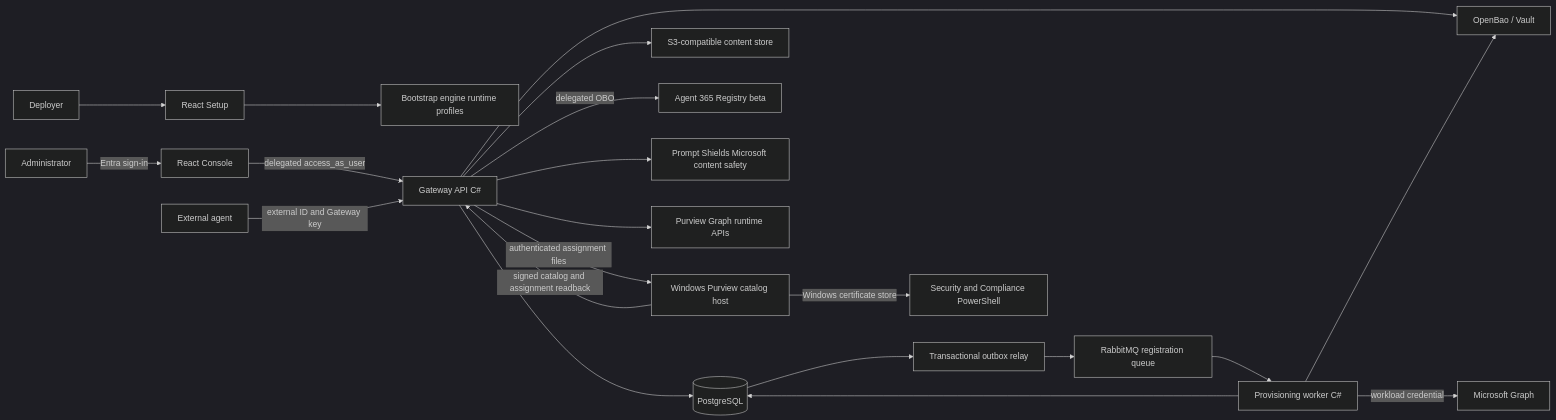
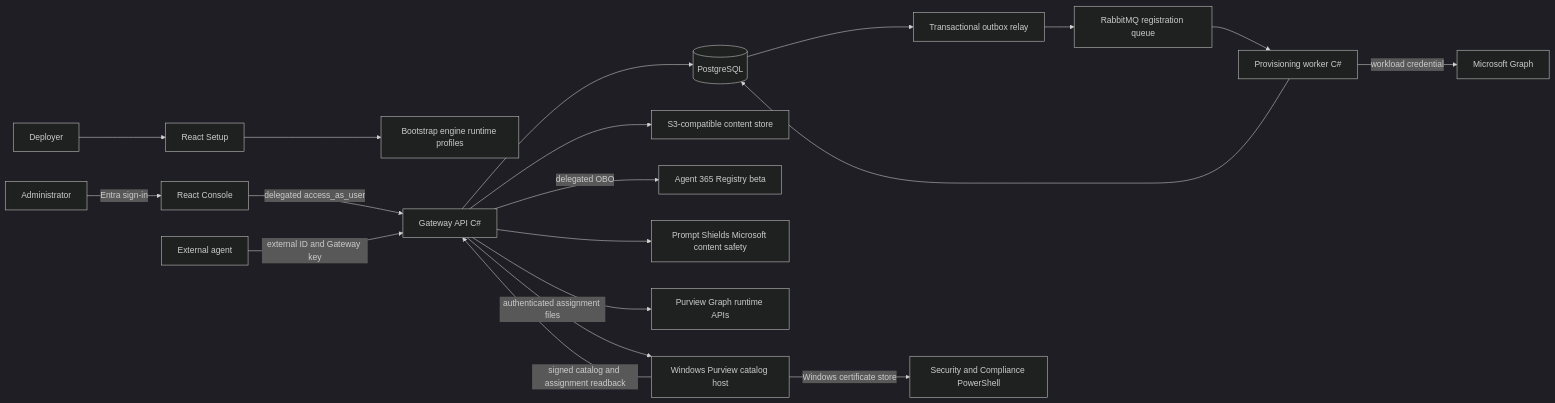
One commit to patrick-shim/a365-custom-gateway changed the diagram in docs/architecture/system-architecture.md. Above: the diagram before and after it, drawn with Mermaid (dark theme). The commit also changed other lines of this file and 21 other files, not shown here.

````diff
--- a/docs/architecture/system-architecture.md
+++ b/docs/architecture/system-architecture.md
@@ -76,23 +79,21 @@
 ```mermaid
 flowchart LR
     Operator[Administrator] -->|Entra sign-in| Ui[React Console]
     Deployer[Deployer] --> Setup[React Setup]
     Setup --> Bootstrap[Bootstrap engine runtime profiles]
     Ui -->|delegated access_as_user| Api[Gateway API C#]
     External[External agent] -->|external ID and Gateway key| Api
     Api --> Db[(PostgreSQL)]
     Db --> Relay[Transactional outbox relay]
     Relay --> RegistrationQueue[RabbitMQ registration queue]
     RegistrationQueue --> Worker[Provisioning worker C#]
     Worker --> Db
-    Api --> Vault[OpenBao / Vault]
-    Worker --> Vault
     Api --> Objects[S3-compatible content store]
     Worker -->|workload credential| Graph[Microsoft Graph]
     Api -->|delegated OBO| Registry[Agent 365 Registry beta]
     Api --> Shield[Prompt Shields Microsoft content safety]
     Api --> Purview[Purview Graph runtime APIs]
     Api -->|authenticated assignment files| Catalog[Windows Purview catalog host]
     Catalog -->|signed catalog and assignment readback| Api
     Catalog -->|Windows certificate store| Compliance[Security and Compliance PowerShell]
 ```
````
